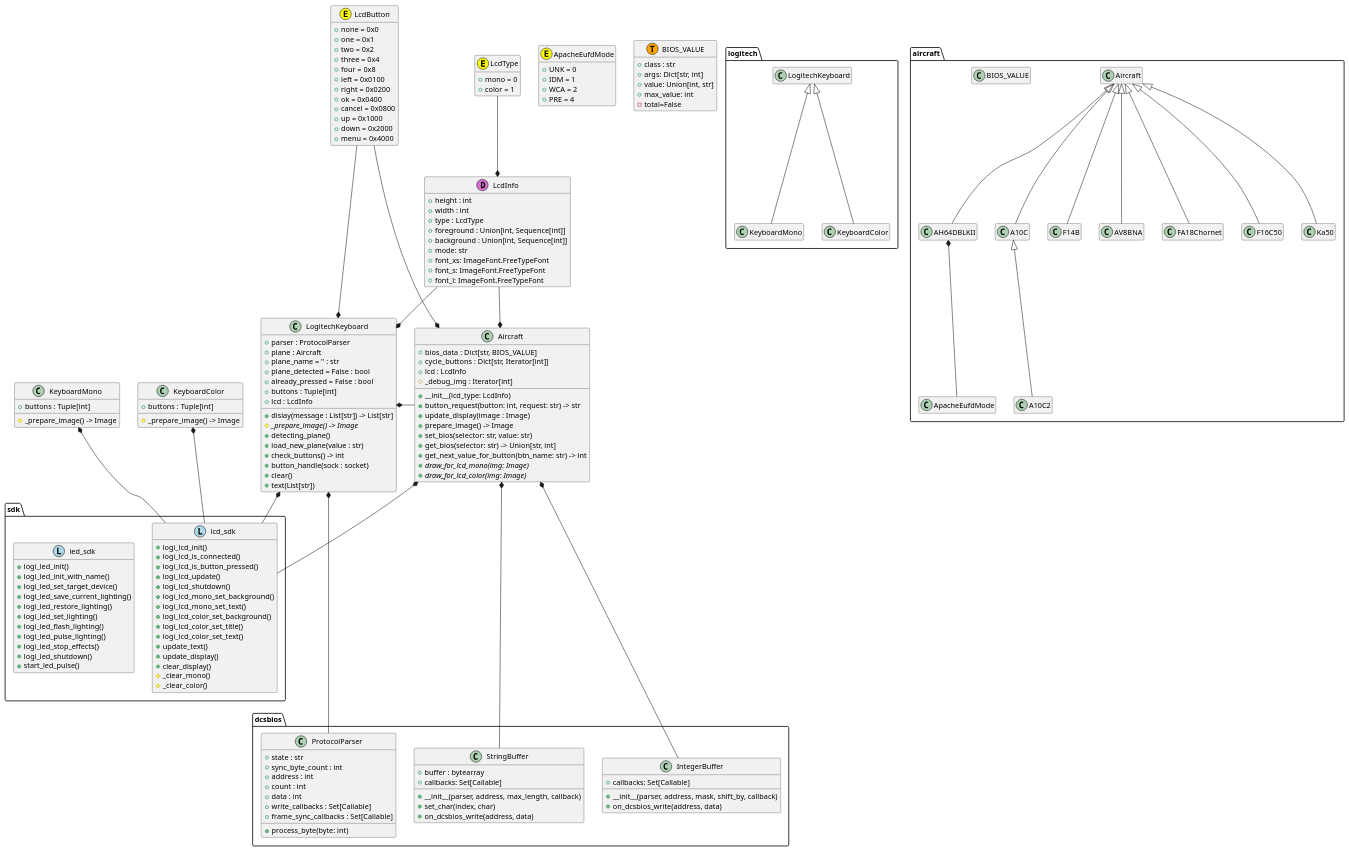
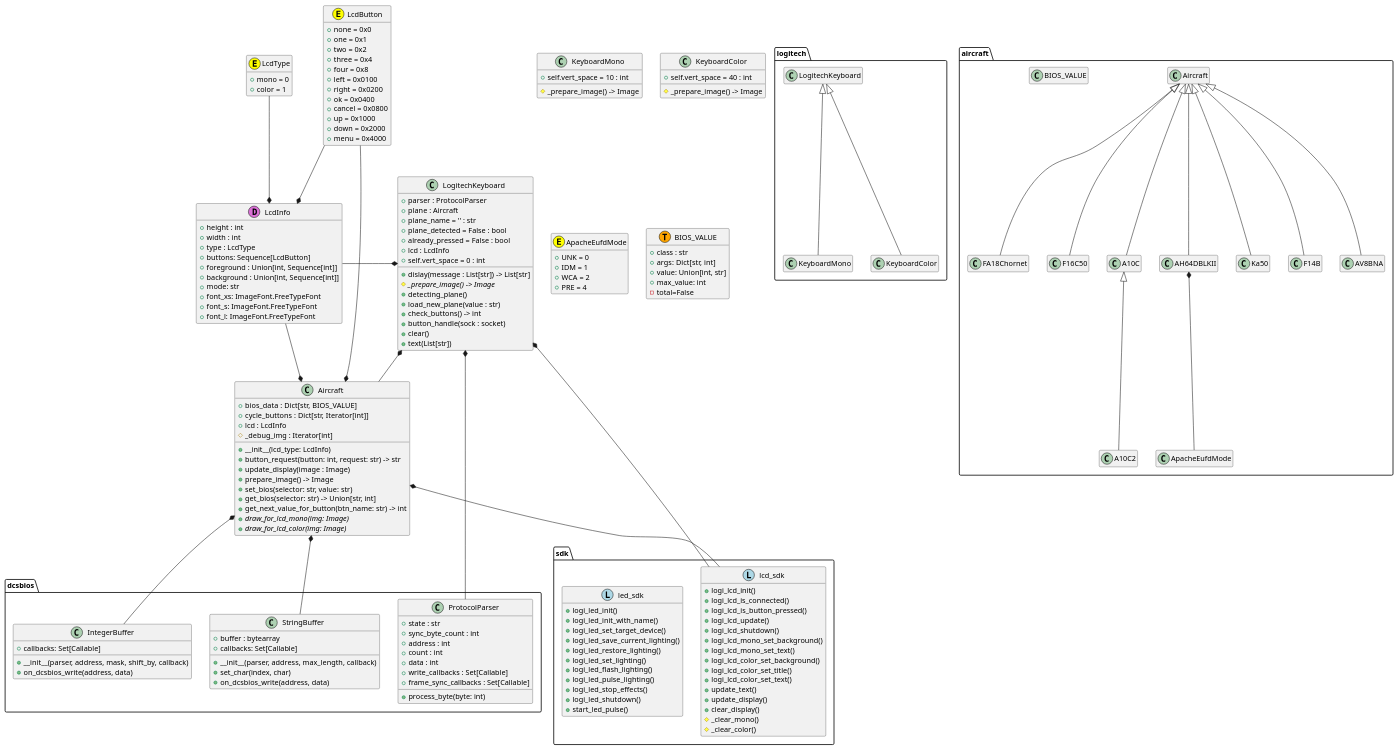
The diagram in uml/classes.puml (emcek/dcspy), drawn with PlantUML before and after one commit.

Commit message:
update UML

```diff
--- a/uml/classes.puml
+++ b/uml/classes.puml
@@ -1,190 +1,188 @@
 @startuml
 hide empty members
 
 package dcsbios {
     class ProtocolParser {
         + state : str
         + sync_byte_count : int
         + address : int
         + count : int
         + data : int
         + write_callbacks : Set[Callable]
         + frame_sync_callbacks : Set[Callable]
         + process_byte(byte: int)
     }
 
     class StringBuffer {
         + buffer : bytearray
         + callbacks: Set[Callable]
         + __init__(parser, address, max_length, callback)
         + set_char(index, char)
         + on_dcsbios_write(address, data)
     }
 
     class IntegerBuffer {
         + callbacks: Set[Callable]
         + __init__(parser, address, mask, shift_by, callback)
         + on_dcsbios_write(address, data)
     }
 }
 
 package logitech {
     LogitechKeyboard <|-- KeyboardMono
     LogitechKeyboard <|-- KeyboardColor
 }
 
 class LogitechKeyboard {
     + parser : ProtocolParser
     + plane : Aircraft
     + plane_name = '' : str
     + plane_detected = False : bool
     + already_pressed = False : bool
-    + buttons : Tuple[int]
     + lcd : LcdInfo
+    + self.vert_space = 0 : int
     + dislay(message : List[str]) -> List[str]
     # {abstract} _prepare_image() -> Image
     + detecting_plane()
     + load_new_plane(value : str)
     + check_buttons() -> int
     + button_handle(sock : socket)
     + clear()
     + text(List[str])
 }
 
 class KeyboardMono {
-    + buttons : Tuple[int]
+    + self.vert_space = 10 : int
     # _prepare_image() -> Image
 }
 
 class KeyboardColor {
-    + buttons : Tuple[int]
+    + self.vert_space = 40 : int
     # _prepare_image() -> Image
 }
 
 package aircraft {
   Aircraft <|-- FA18Chornet
   Aircraft <|-- F16C50
   Aircraft <|-- Ka50
   Aircraft <|-- AH64DBLKII
   Aircraft <|-- A10C
   A10C <|-- A10C2
   Aircraft <|-- F14B
   Aircraft <|-- AV8BNA
   class BIOS_VALUE
   AH64DBLKII *-- ApacheEufdMode
 }
 
 class Aircraft {
     + bios_data : Dict[str, BIOS_VALUE]
     + cycle_buttons : Dict[str, Iterator[int]]
     + lcd : LcdInfo
     # _debug_img : Iterator[int]
     + __init__(lcd_type: LcdInfo)
     + button_request(button: int, request: str) -> str
     + update_display(image : Image)
     + prepare_image() -> Image
     + set_bios(selector: str, value: str)
     + get_bios(selector: str) -> Union[str, int]
     + get_next_value_for_button(btn_name: str) -> int
     + {abstract} draw_for_lcd_mono(img: Image)
     + {abstract} draw_for_lcd_color(img: Image)
 }
 
 class ApacheEufdMode <<(E,yellow)>> {
     + UNK = 0
     + IDM = 1
     + WCA = 2
     + PRE = 4
 }
 
 class BIOS_VALUE <<(T,orange)>> {
     + class : str
     + args: Dict[str, int]
     + value: Union[int, str]
     + max_value: int
     - total=False
 }
 
 class LcdInfo <<(D,orchid)>> {
     + height : int
     + width : int
     + type : LcdType
+    + buttons: Sequence[LcdButton]
     + foreground : Union[int, Sequence[int]]
     + background : Union[int, Sequence[int]]
     + mode: str
     + font_xs: ImageFont.FreeTypeFont
     + font_s: ImageFont.FreeTypeFont
     + font_l: ImageFont.FreeTypeFont
 }
 
 class LcdType <<(E,yellow)>> {
     + mono = 0
     + color = 1
 }
 
 class LcdButton <<(E,yellow)>> {
     + none = 0x0
     + one = 0x1
     + two = 0x2
     + three = 0x4
     + four = 0x8
     + left = 0x0100
     + right = 0x0200
     + ok = 0x0400
     + cancel = 0x0800
     + up = 0x1000
     + down = 0x2000
     + menu = 0x4000
 }
 
 
 LcdType --* LcdInfo
-LcdButton ---* LogitechKeyboard
-LcdButton ---* Aircraft
+LcdButton --* LcdInfo
+LcdButton --* Aircraft
 
 package sdk{
     class lcd_sdk <<(L,lightblue)>> {
         + logi_lcd_init()
         + logi_lcd_is_connected()
         + logi_lcd_is_button_pressed()
         + logi_lcd_update()
         + logi_lcd_shutdown()
         + logi_lcd_mono_set_background()
         + logi_lcd_mono_set_text()
         + logi_lcd_color_set_background()
         + logi_lcd_color_set_title()
         + logi_lcd_color_set_text()
         + update_text()
         + update_display()
         + clear_display()
         # _clear_mono()
         # _clear_color()
     }
     class led_sdk <<(L,lightblue)>> {
         + logi_led_init()
         + logi_led_init_with_name()
         + logi_led_set_target_device()
         + logi_led_save_current_lighting()
         + logi_led_restore_lighting()
         + logi_led_set_lighting()
         + logi_led_flash_lighting()
         + logi_led_pulse_lighting()
         + logi_led_stop_effects()
         + logi_led_shutdown()
         + start_led_pulse()
     }
 }
 
 LogitechKeyboard *- Aircraft
 LcdInfo -* LogitechKeyboard
 LogitechKeyboard *--- ProtocolParser
 LogitechKeyboard *-- lcd_sdk
 
-KeyboardMono *-- lcd_sdk
-KeyboardColor *-- lcd_sdk
-
 LcdInfo --* Aircraft
 Aircraft *-- StringBuffer
 Aircraft *-- IntegerBuffer
 Aircraft *-- lcd_sdk
 @enduml
```
